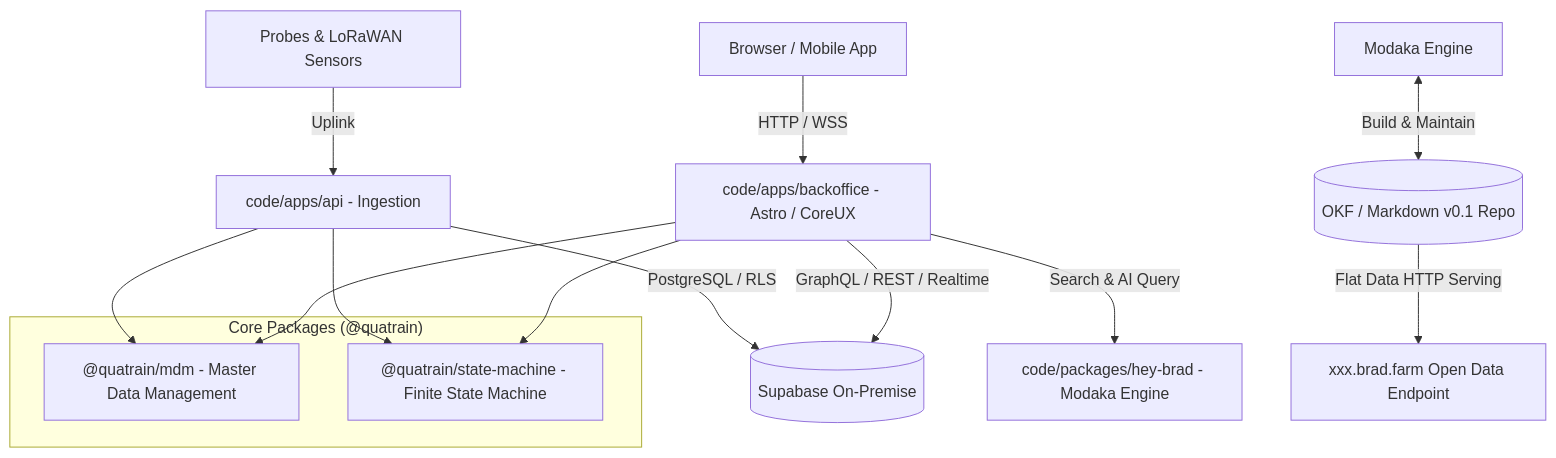
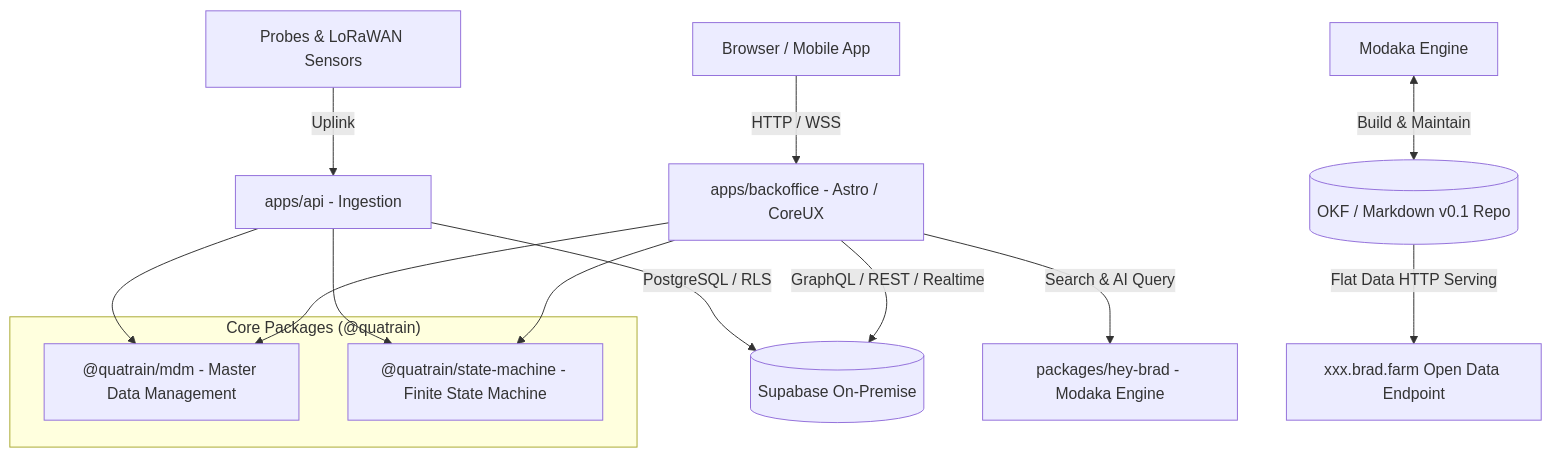
The diagram in docs/architecture/ARCHITECTURE.md (bradtech-oss/stack), drawn with Mermaid before and after one commit. The commit also changed other lines of this file and 12 other files, not shown here.

````diff
--- a/docs/architecture/ARCHITECTURE.md
+++ b/docs/architecture/ARCHITECTURE.md
@@ -18,22 +18,22 @@
 ```mermaid
 graph TD
-    Client["Browser / Mobile App"] -->|HTTP / WSS| Backoffice["code/apps/backoffice - Astro / CoreUX"]
-    Sensors["Probes & LoRaWAN Sensors"] -->|Uplink| API["code/apps/api - Ingestion"]
+    Client["Browser / Mobile App"] -->|HTTP / WSS| Backoffice["apps/backoffice - Astro / CoreUX"]
+    Sensors["Probes & LoRaWAN Sensors"] -->|Uplink| API["apps/api - Ingestion"]
     
     API -->|PostgreSQL / RLS| Supabase[("Supabase On-Premise")]
     Backoffice -->|GraphQL / REST / Realtime| Supabase
     
-    Backoffice -->|Search & AI Query| HeyBrad["code/packages/hey-brad - Modaka Engine"]
+    Backoffice -->|Search & AI Query| HeyBrad["packages/hey-brad - Modaka Engine"]
     Modaka["Modaka Engine"] <-->|Build & Maintain| OKFRepo[("OKF / Markdown v0.1 Repo")]
     OKFRepo -->|Flat Data HTTP Serving| OpenDataServer["xxx.brad.farm Open Data Endpoint"]
 
     subgraph CorePackages ["Core Packages (@quatrain)"]
         MDM["@quatrain/mdm - Master Data Management"]
         FSM["@quatrain/state-machine - Finite State Machine"]
     end
 
     API --> MDM
     API --> FSM
     Backoffice --> MDM
     Backoffice --> FSM
 ```
````
